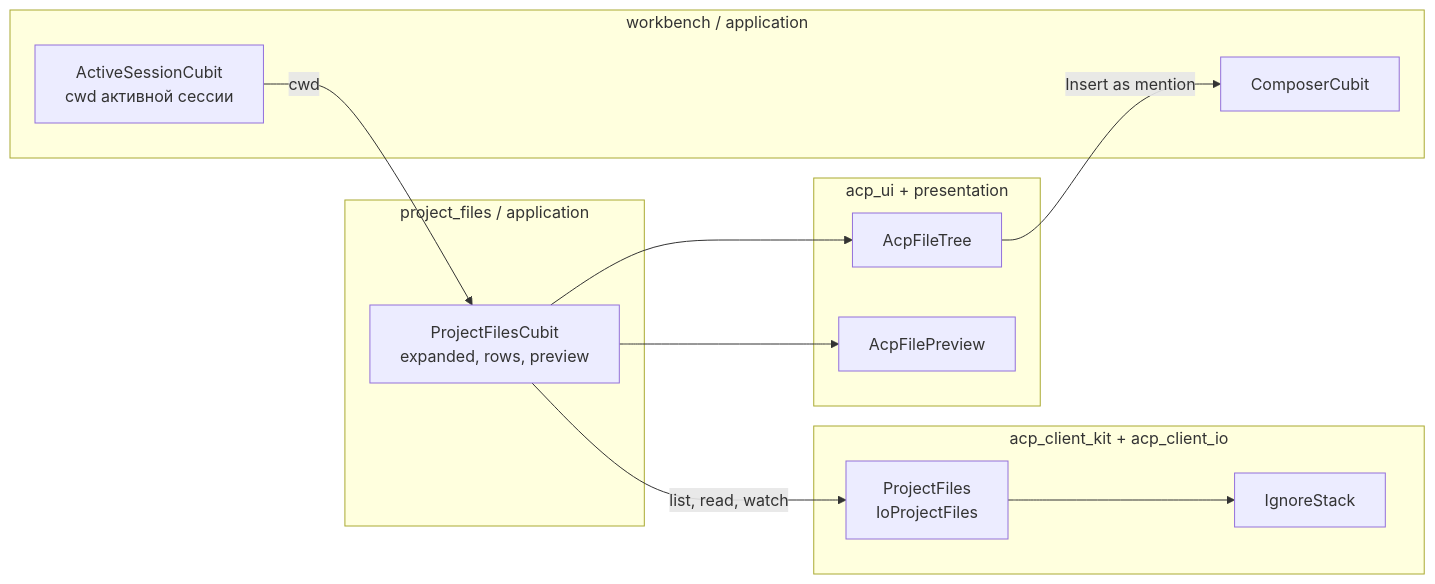
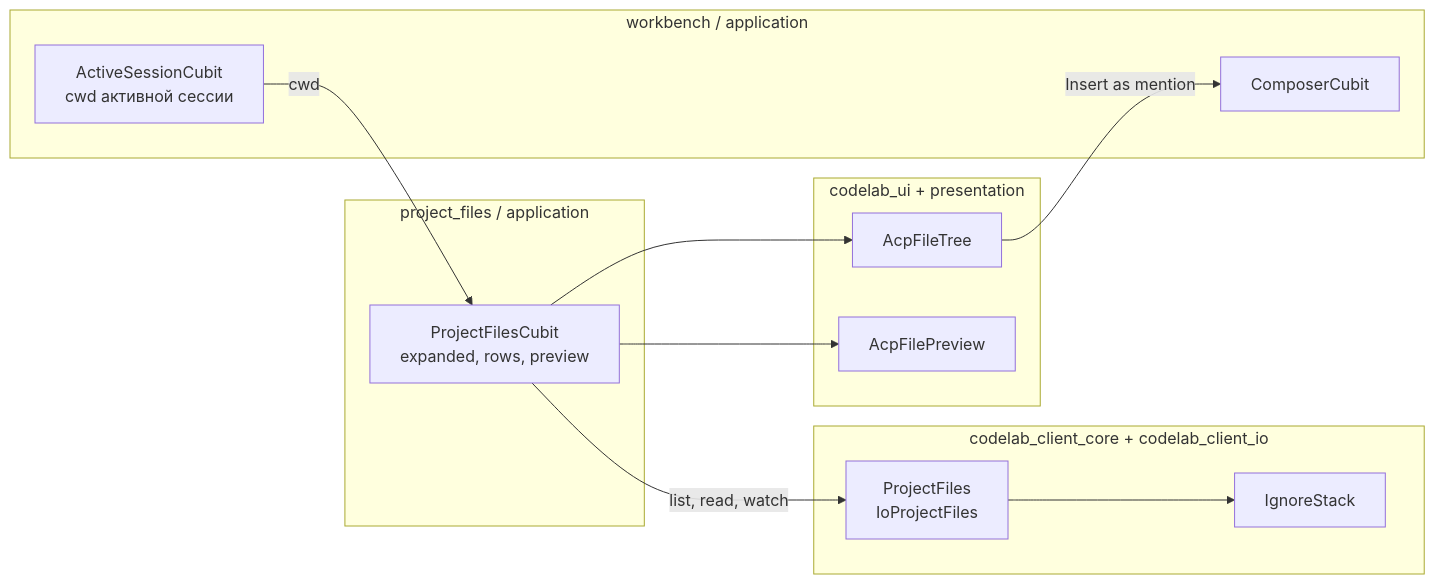
Before and after one commit to pese-git/codelab-app: the third of 3 diagrams in docs/architecture/proposals/dart-agent-and-clients/12-6-cli-desktop-extras.md, drawn with Mermaid. The commit also changed other lines of this file and 608 other files, not shown here.

First line of the commit message:
refactor: переименовать пакеты по схеме codelab_<сторона>_<слой> (ADR-0002)

````diff
--- a/docs/architecture/proposals/dart-agent-and-clients/12-6-cli-desktop-extras.md
+++ b/docs/architecture/proposals/dart-agent-and-clients/12-6-cli-desktop-extras.md
@@ -672,24 +672,24 @@
 ```mermaid
 flowchart LR
-    subgraph Kit["acp_client_kit + acp_client_io"]
+    subgraph Kit["codelab_client_core + codelab_client_io"]
         PF["ProjectFiles<br/>IoProjectFiles"]
         GI["IgnoreStack"]
     end
     subgraph App["project_files / application"]
         PC["ProjectFilesCubit<br/>expanded, rows, preview"]
     end
     subgraph WB["workbench / application"]
         CC["ComposerCubit"]
         AS["ActiveSessionCubit<br/>cwd активной сессии"]
     end
-    subgraph UI["acp_ui + presentation"]
+    subgraph UI["codelab_ui + presentation"]
         FT["AcpFileTree"]
         FP["AcpFilePreview"]
     end
     AS -- "cwd" --> PC
     PC -- "list, read, watch" --> PF
     PF --> GI
     PC --> FT
     PC --> FP
     FT -- "Insert as mention" --> CC
 ```
````
